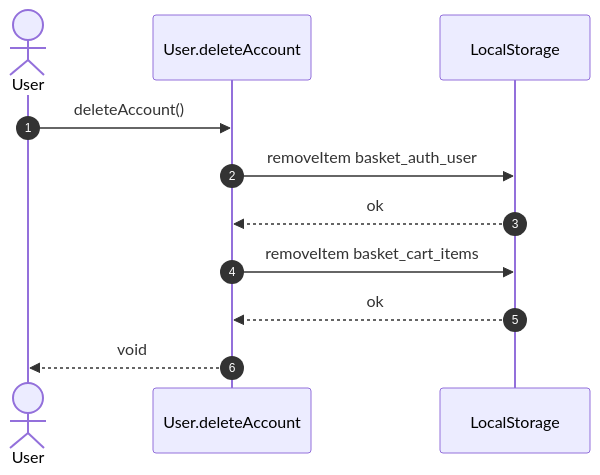
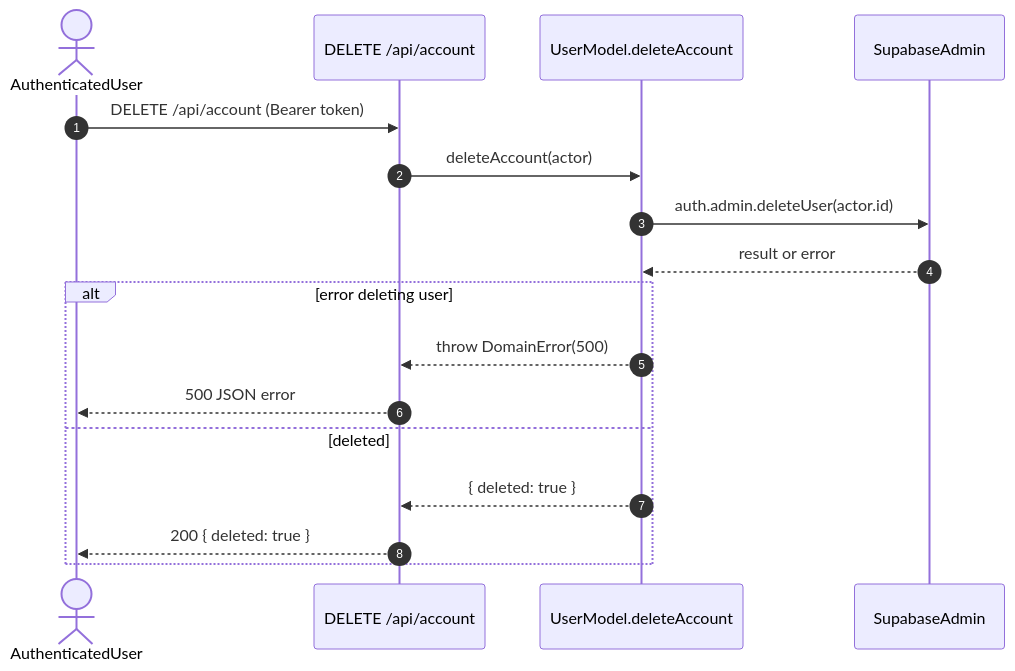
One commit to nroc6/CP317B-Project-Group1 changed the second of 13 diagrams in docs/SPECIFICATION.MD. Above: the diagram before and after it, drawn with Mermaid. The commit also changed other lines of this file and 28 other files, not shown here.

````diff
--- a/docs/SPECIFICATION.MD
+++ b/docs/SPECIFICATION.MD
@@ -114,14 +83,20 @@
 ```mermaid
 sequenceDiagram
     autonumber
-    actor U as User
-    participant User.deleteAccount
-    participant DB as LocalStorage
+    actor U as AuthenticatedUser
+    participant API as DELETE /api/account
+    participant M as UserModel.deleteAccount
+    participant DB as SupabaseAdmin
 
-    U->>User.deleteAccount: deleteAccount()
-    User.deleteAccount->>DB: removeItem basket_auth_user
-    DB-->>User.deleteAccount: ok
-    User.deleteAccount->>DB: removeItem basket_cart_items
-    DB-->>User.deleteAccount: ok
-    User.deleteAccount-->>U: void
+    U->>API: DELETE /api/account (Bearer token)
+    API->>M: deleteAccount(actor)
+    M->>DB: auth.admin.deleteUser(actor.id)
+    DB-->>M: result or error
+    alt error deleting user
+        M-->>API: throw DomainError(500)
+        API-->>U: 500 JSON error
+    else deleted
+        M-->>API: { deleted: true }
+        API-->>U: 200 { deleted: true }
+    end
 ```
````
